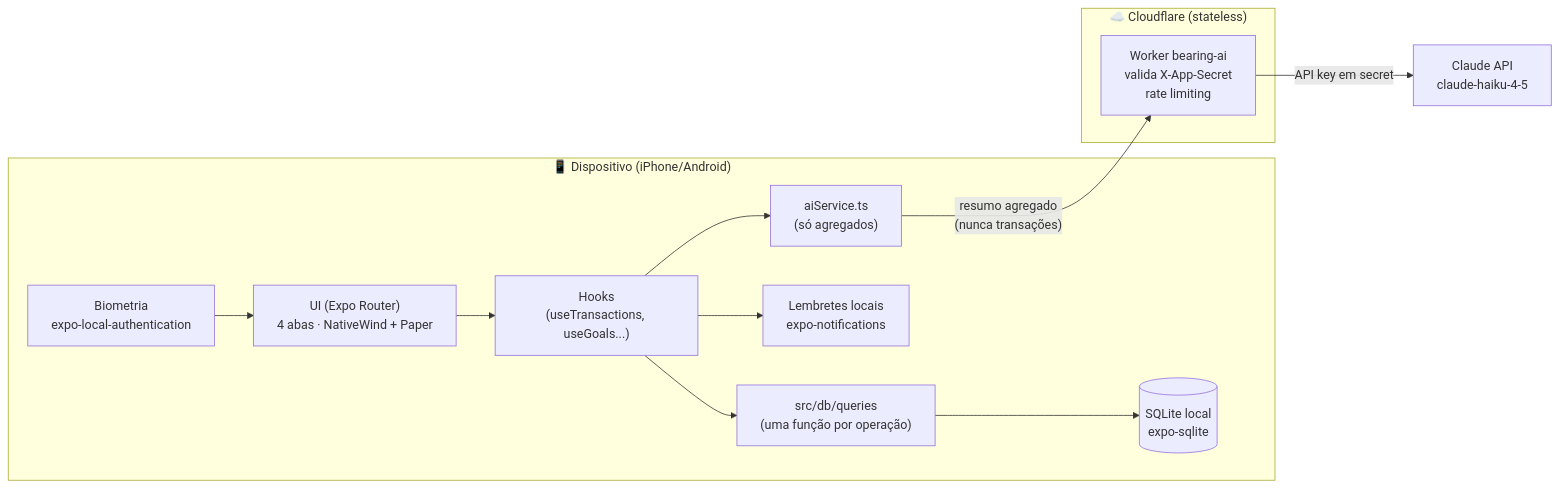
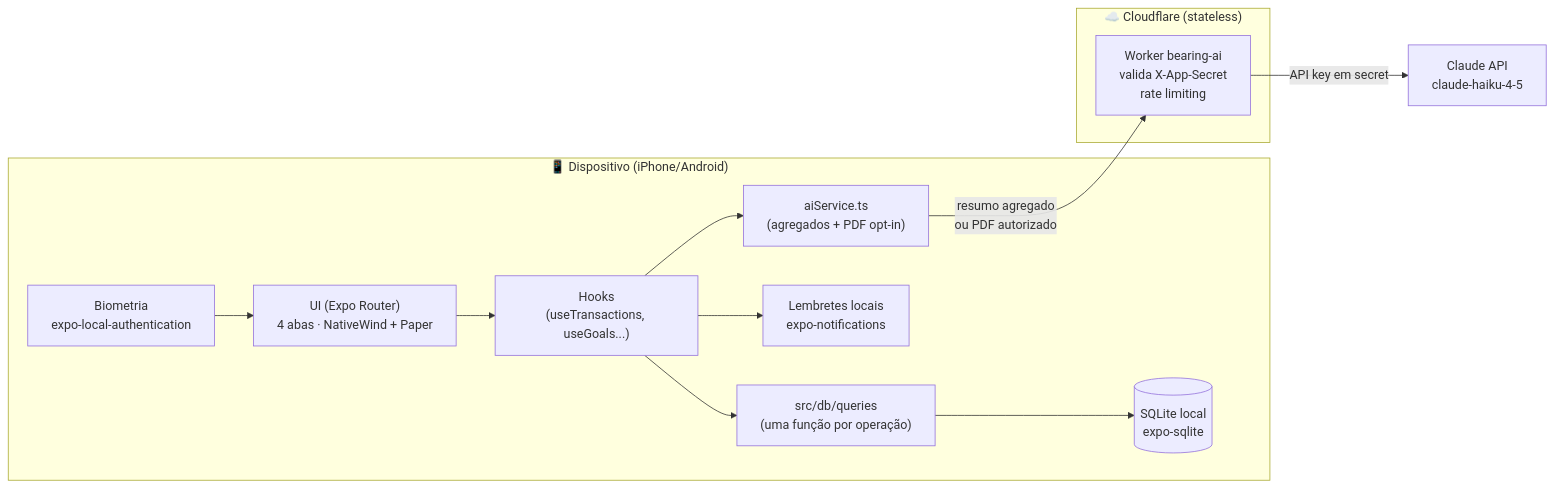
One commit to PedroAzevedo141/Bearing changed the diagram in ARCHITECTURE.md. Above: the diagram before and after it, drawn with Mermaid. The commit also changed other lines of this file and 8 other files, not shown here.

````diff
--- a/ARCHITECTURE.md
+++ b/ARCHITECTURE.md
@@ -7,25 +7,25 @@
 ```mermaid
 flowchart LR
     subgraph Dispositivo["📱 Dispositivo (iPhone/Android)"]
         UI["UI (Expo Router)<br/>4 abas · NativeWind + Paper"]
         Hooks["Hooks<br/>(useTransactions, useGoals...)"]
         Queries["src/db/queries<br/>(uma função por operação)"]
         DB[("SQLite local<br/>expo-sqlite")]
         Bio["Biometria<br/>expo-local-authentication"]
         Notif["Lembretes locais<br/>expo-notifications"]
-        AiSvc["aiService.ts<br/>(só agregados)"]
+        AiSvc["aiService.ts<br/>(agregados + PDF opt-in)"]
     end
 
     subgraph Cloudflare["☁️ Cloudflare (stateless)"]
         Worker["Worker bearing-ai<br/>valida X-App-Secret<br/>rate limiting"]
     end
 
     Anthropic["Claude API<br/>claude-haiku-4-5"]
 
     Bio --> UI
     UI --> Hooks --> Queries --> DB
     Hooks --> AiSvc
     Hooks --> Notif
-    AiSvc -- "resumo agregado<br/>(nunca transações)" --> Worker
+    AiSvc -- "resumo agregado<br/>ou PDF autorizado" --> Worker
     Worker -- "API key em secret" --> Anthropic
 ```
````
